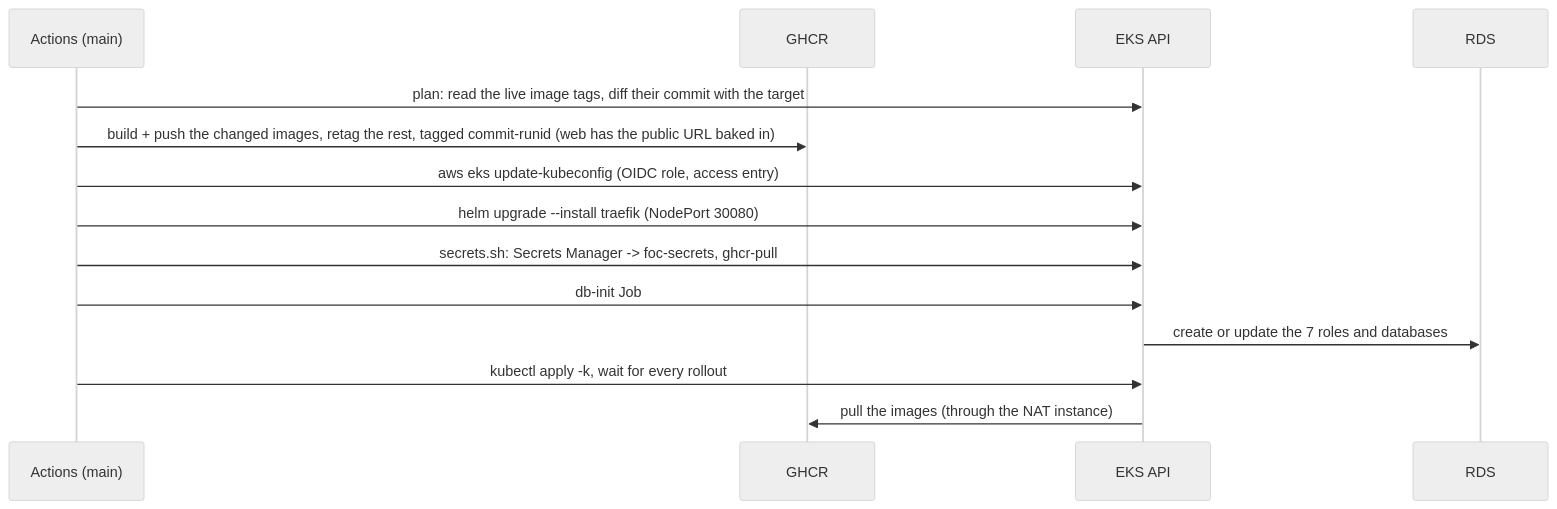
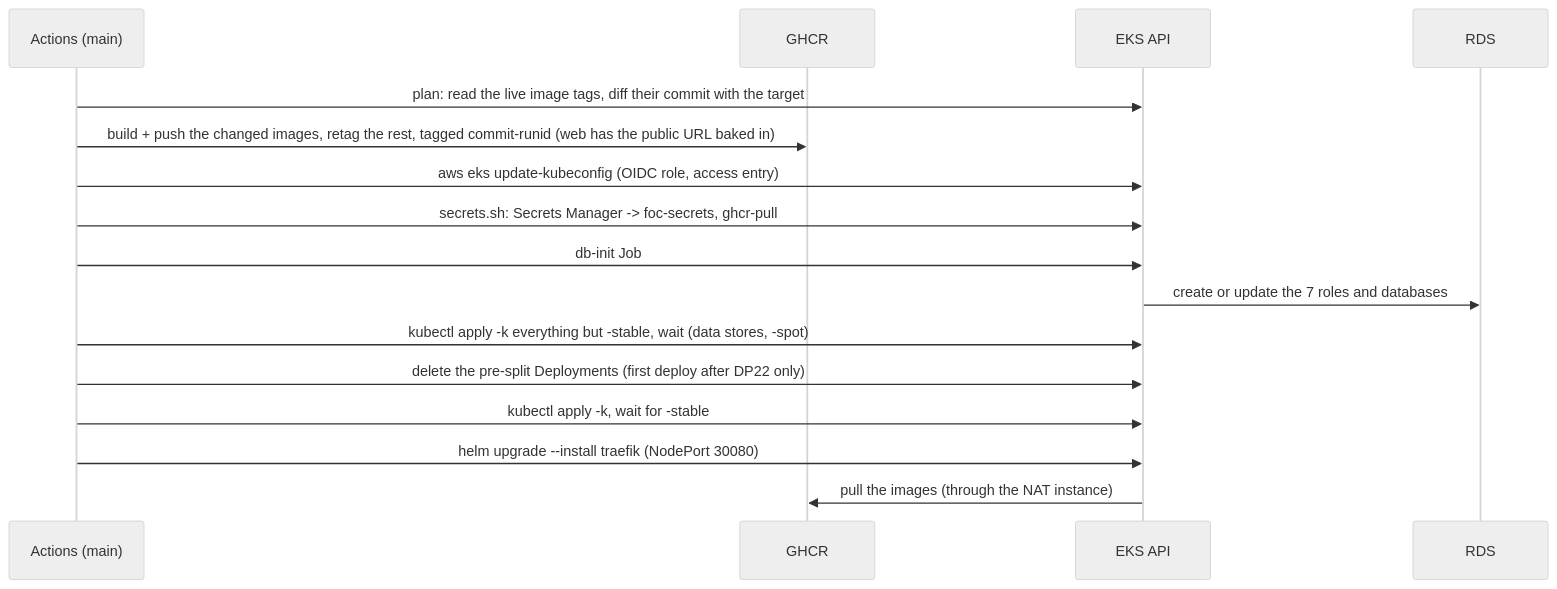
The second of 2 diagrams in infra/README.md (AY2627S1-CS3219-P23/foc), drawn with Mermaid (neutral theme) before and after one commit. The commit also changed other lines of this file and 4 other files, not shown here.

First line of the commit message:
fix(infra): roll -spot before -stable, Traefik last (#48)

````diff
--- a/infra/README.md
+++ b/infra/README.md
@@ -184,16 +187,18 @@
 ```mermaid
 sequenceDiagram
   participant A as Actions (main)
   participant G as GHCR
   participant K as EKS API
   participant R as RDS
   A->>K: plan: read the live image tags, diff their commit with the target
   A->>G: build + push the changed images, retag the rest, tagged commit-runid (web has the public URL baked in)
   A->>K: aws eks update-kubeconfig (OIDC role, access entry)
-  A->>K: helm upgrade --install traefik (NodePort 30080)
   A->>K: secrets.sh: Secrets Manager -> foc-secrets, ghcr-pull
   A->>K: db-init Job
   K->>R: create or update the 7 roles and databases
-  A->>K: kubectl apply -k, wait for every rollout
+  A->>K: kubectl apply -k everything but -stable, wait (data stores, -spot)
+  A->>K: delete the pre-split Deployments (first deploy after DP22 only)
+  A->>K: kubectl apply -k, wait for -stable
+  A->>K: helm upgrade --install traefik (NodePort 30080)
   K->>G: pull the images (through the NAT instance)
 ```
````
